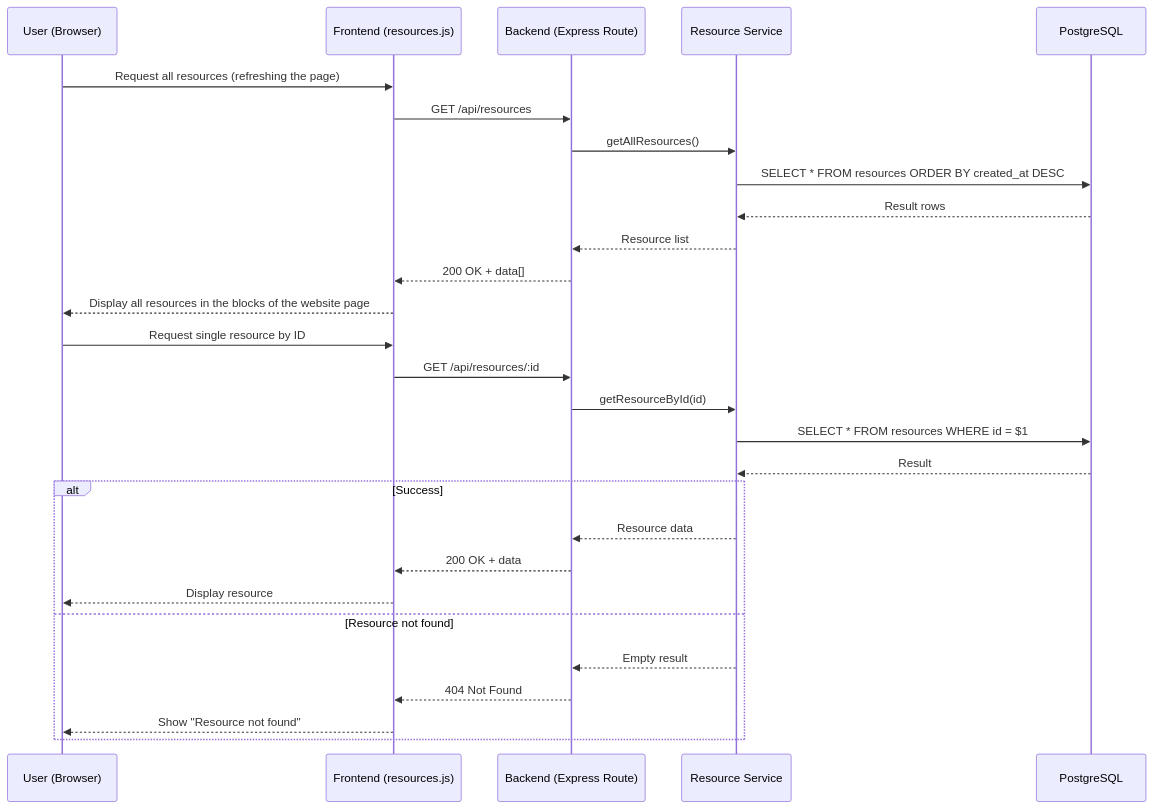
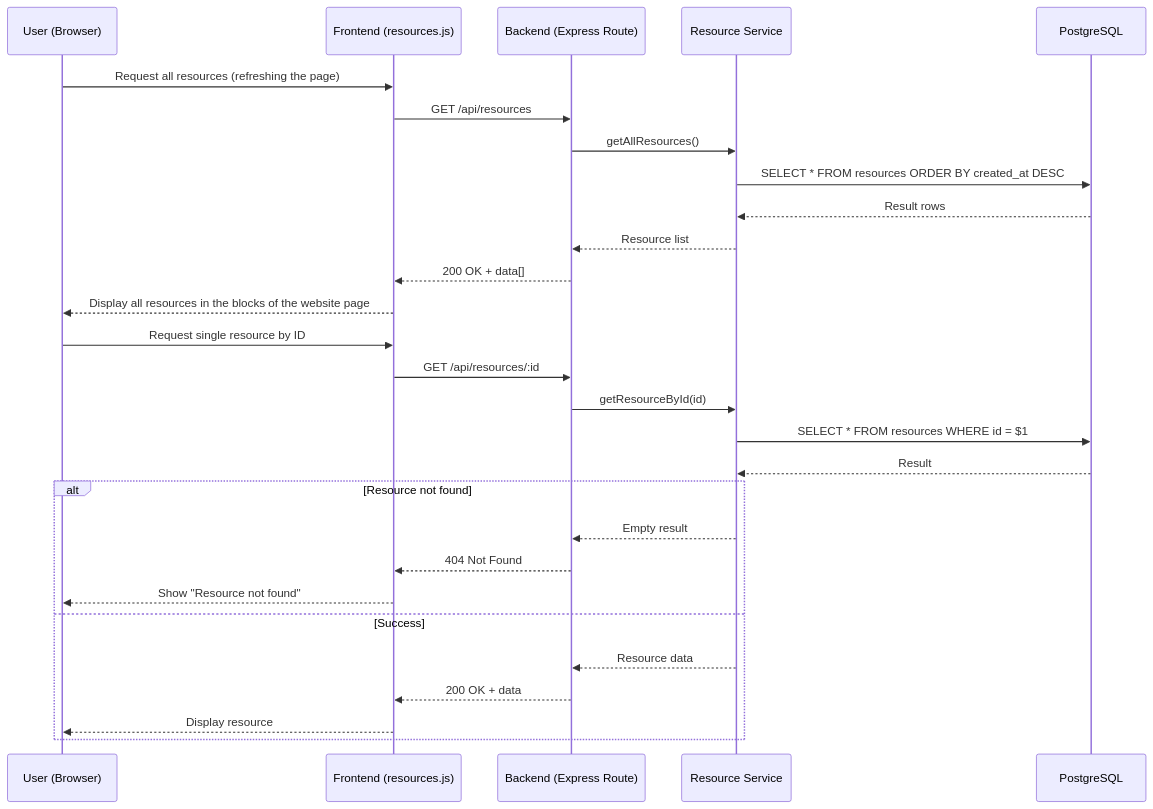
Before and after one commit to Mehdi-Mor/AdvancedWebDev: the second of 2 diagrams in BookingSystemPhase6/G1_CRUD_DataFlow.md, drawn with Mermaid.

````diff
--- a/BookingSystemPhase6/G1_CRUD_DataFlow.md
+++ b/BookingSystemPhase6/G1_CRUD_DataFlow.md
@@ -41,36 +41,36 @@
 ```mermaid
 sequenceDiagram
     participant U as User (Browser)
     participant F as Frontend (resources.js)
     participant B as Backend (Express Route)
     participant S as Resource Service
     participant DB as PostgreSQL
 
     U->>F: Request all resources (refreshing the page)
     F->>B: GET /api/resources
 
     B->>S: getAllResources()
     S->>DB: SELECT * FROM resources ORDER BY created_at DESC
     DB-->>S: Result rows
 
     S-->>B: Resource list
     B-->>F: 200 OK + data[]
     F-->>U: Display all resources in the blocks of the website page
 
     U->>F: Request single resource by ID
     F->>B: GET /api/resources/:id
 
     B->>S: getResourceById(id)
     S->>DB: SELECT * FROM resources WHERE id = $1
     DB-->>S: Result
 
-    alt Success
+    alt Resource not found
+        S-->>B: Empty result
+        B-->>F: 404 Not Found
+        F-->>U: Show "Resource not found"
+    else Success
         S-->>B: Resource data
         B-->>F: 200 OK + data
         F-->>U: Display resource
-    else Resource not found
-        S-->>B: Empty result
-        B-->>F: 404 Not Found
-        F-->>U: Show "Resource not found"
     end
 ```
````
